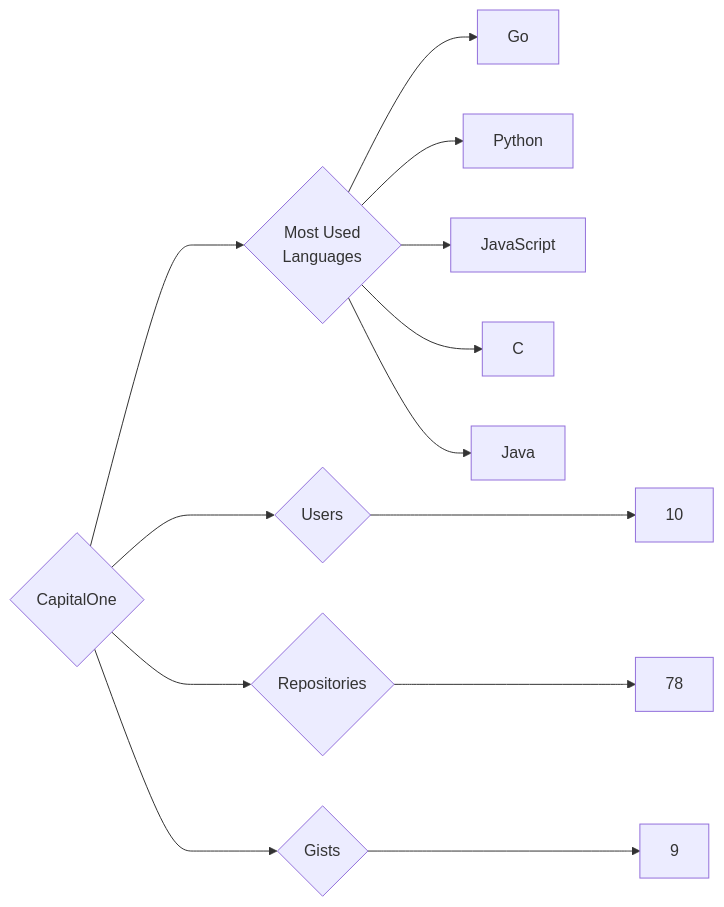
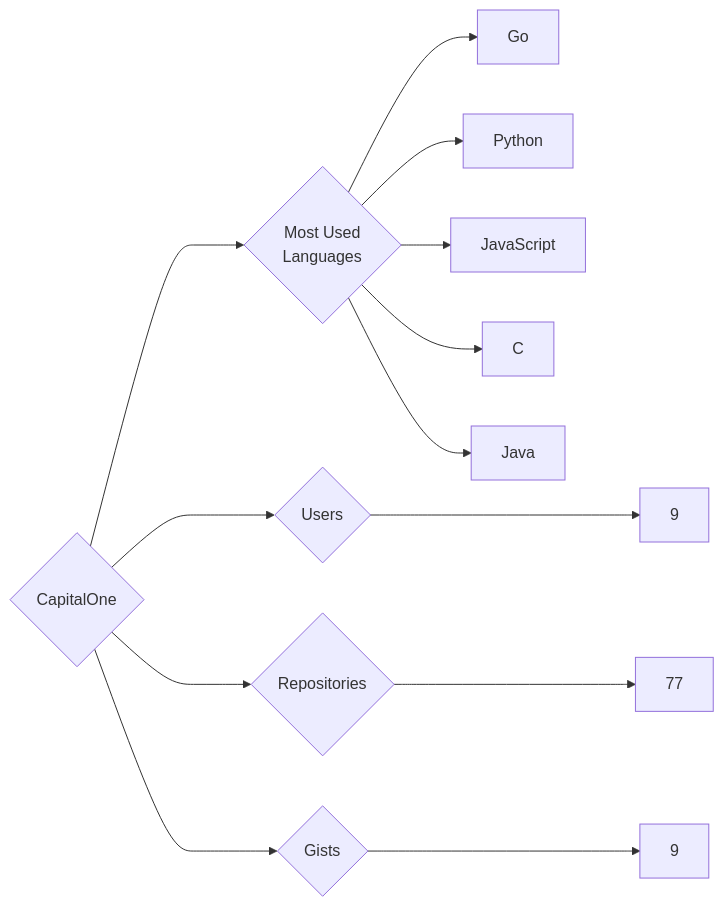
Before and after one commit to trickest/insiders: the diagram in targets/CapitalOne/README.md, drawn with Mermaid. The commit also changed 639 other files, not shown here.

````diff
--- a/targets/CapitalOne/README.md
+++ b/targets/CapitalOne/README.md
@@ -3,13 +3,13 @@
 ```mermaid
 graph LR
 COMPANY_NAME{CapitalOne}
-COMPANY_NAME ---> U{Users} ---> UN[10]
-COMPANY_NAME ---> R{Repositories} ---> RN[78]
+COMPANY_NAME ---> U{Users} ---> UN[9]
+COMPANY_NAME ---> R{Repositories} ---> RN[77]
 COMPANY_NAME ---> G{Gists} ---> GN[9]
 COMPANY_NAME ---> ML{Most Used<br>Languages}
 ML --> Go[Go]
 ML --> Python[Python]
 ML --> JavaScript[JavaScript]
 ML --> C[C]
 ML --> Java[Java]
 ```
````
